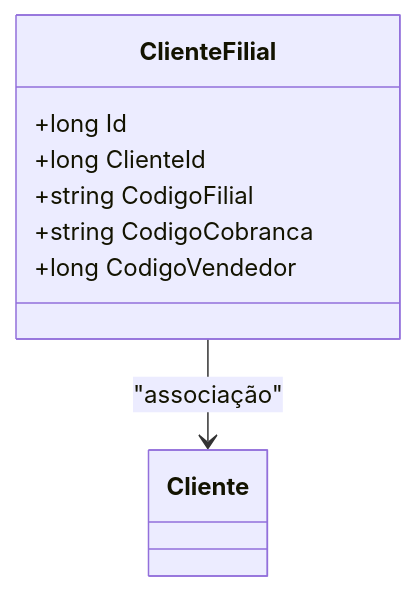
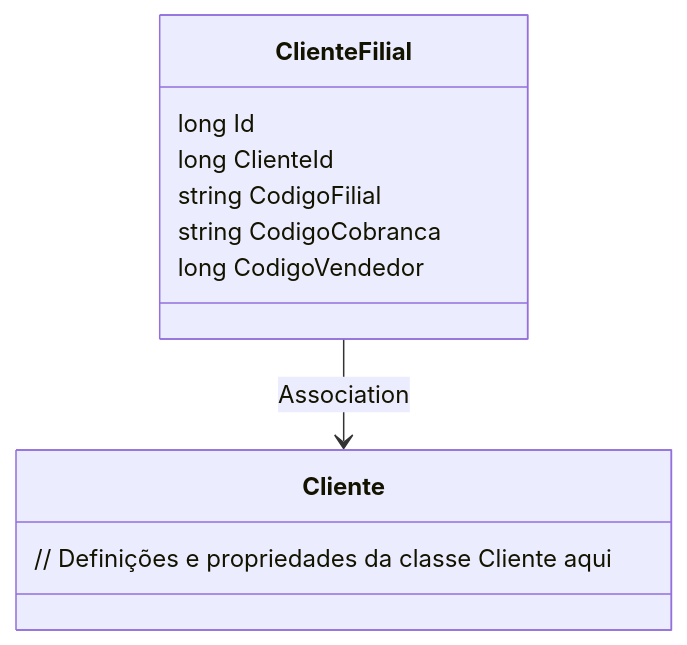
Before and after one commit to IsthmusSistemas/documentacao-tecnica: the diagram in docs/b2b-dominio/IsthmusWinthor.Nucleo/IsthmusWinthor.Dominio/Entidades/ClienteFilial.md, drawn with Mermaid. The commit also changed other lines of this file and 882 other files, not shown here.

````diff
--- a/docs/b2b-dominio/IsthmusWinthor.Nucleo/IsthmusWinthor.Dominio/Entidades/ClienteFilial.md
+++ b/docs/b2b-dominio/IsthmusWinthor.Nucleo/IsthmusWinthor.Dominio/Entidades/ClienteFilial.md
@@ -27,11 +21,15 @@
 ```mermaid
 classDiagram
     class ClienteFilial {
-        +long Id
-        +long ClienteId
-        +string CodigoFilial
-        +string CodigoCobranca
-        +long CodigoVendedor
+        long Id
+        long ClienteId
+        string CodigoFilial
+        string CodigoCobranca
+        long CodigoVendedor
     }
-    ClienteFilial --> Cliente : "associação"
+    class Cliente {
+        // Definições e propriedades da classe Cliente aqui
+    }
+    
+    ClienteFilial --> Cliente : Association
 ```
````
